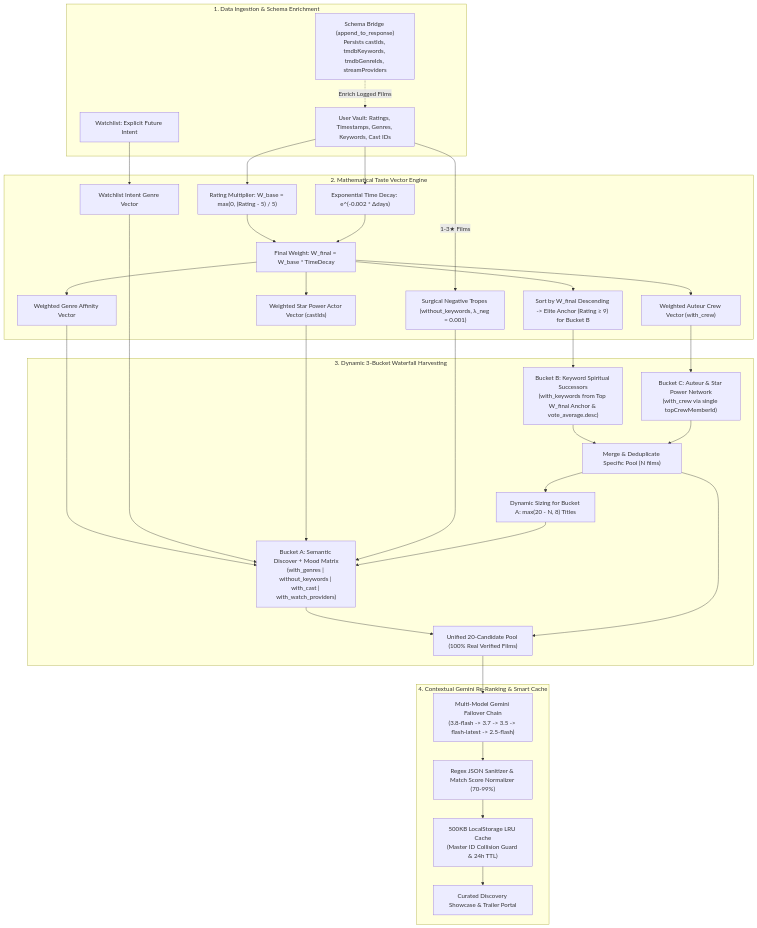
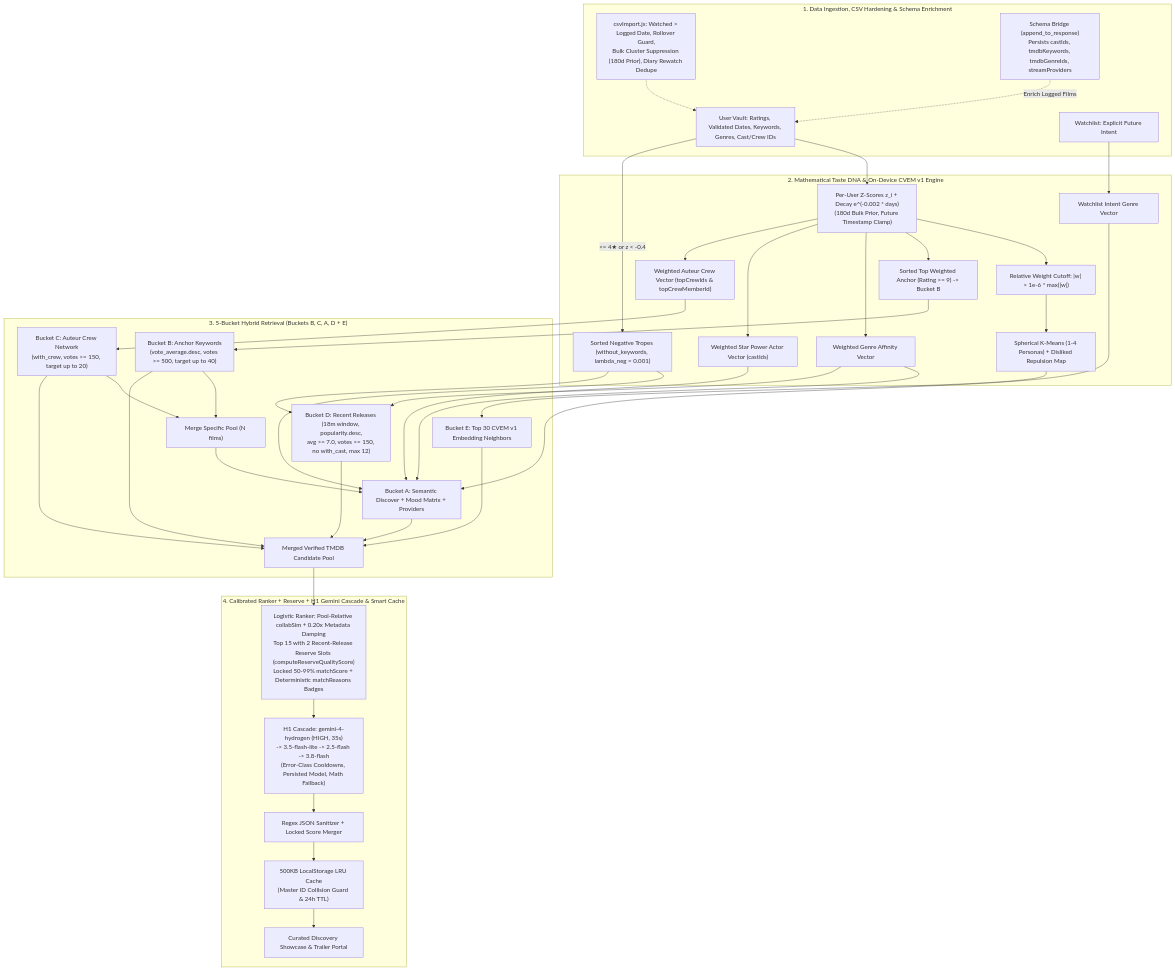
One commit to khuzaima175/React-Movie-Original changed the diagram in ARCHITECTURE.md. Above: the diagram before and after it, drawn with Mermaid. The commit also changed other lines of this file and 4 other files, not shown here.

Commit message:
docs: expand guides, add LOCAL_MODEL_GUIDE.md, convert links to relative paths, and document AI model UI telemetry

````diff
--- a/ARCHITECTURE.md
+++ b/ARCHITECTURE.md
@@ -61,45 +71,40 @@
 ```mermaid
 flowchart TD
-    subgraph Phase1 ["1. Data Ingestion & Schema Enrichment"]
-        V["User Vault: Ratings, Timestamps, Genres, Keywords, Cast IDs"]
+    subgraph Phase1 ["1. Data Ingestion, CSV Hardening & Schema Enrichment"]
+        V["User Vault: Ratings, Validated Dates, Keywords, Genres, Cast/Crew IDs"]
         W["Watchlist: Explicit Future Intent"]
+        CSV["csvImport.js: Watched > Logged Date, Rollover Guard,\nBulk Cluster Suppression (180d Prior), Diary Rewatch Dedupe"] -.-> V
         SB["Schema Bridge (append_to_response)\nPersists castIds, tmdbKeywords, tmdbGenreIds, streamProviders"] -.->|Enrich Logged Films| V
     end
 
-    subgraph Phase2 ["2. Mathematical Taste Vector Engine"]
-        V --> W_CALC["Rating Multiplier: W_base = max(0, (Rating - 5) / 5)"]
-        V --> T_CALC["Exponential Time Decay: e^(-0.002 * Δdays)"]
-        W_CALC --> FINAL_W["Final Weight: W_final = W_base * TimeDecay"]
-        T_CALC --> FINAL_W
-
-        FINAL_W --> ANCHOR["Sort by W_final Descending -> Elite Anchor (Rating ≥ 9) for Bucket B"]
-        FINAL_W --> GENRE_V["Weighted Genre Affinity Vector"]
-        FINAL_W --> CAST_V["Weighted Star Power Actor Vector (castIds)"]
-        FINAL_W --> CREW_V["Weighted Auteur Crew Vector (with_crew)"]
+    subgraph Phase2 ["2. Mathematical Taste DNA & On-Device CVEM v1 Engine"]
+        V --> Z["Per-User Z-Scores z_i + Decay e^(-0.002 * days)\n(180d Bulk Prior, Future Timestamp Clamp)"]
+        Z --> REL["Relative Weight Cutoff: |w| > 1e-6 * max(|w|)"]
+        REL --> KM["Spherical K-Means (1-4 Personas) + Disliked Repulsion Map"]
+        Z --> ANCHOR["Sorted Top Weighted Anchor (Rating >= 9) -> Bucket B"]
+        Z --> GENRE_V["Weighted Genre Affinity Vector"]
+        Z --> CAST_V["Weighted Star Power Actor Vector (castIds)"]
+        Z --> CREW_V["Weighted Auteur Crew Vector (topCrewIds & topCrewMemberId)"]
         W --> WATCH_V["Watchlist Intent Genre Vector"]
-        
-        V -->|1-3★ Films| HATED_K["Surgical Negative Tropes (without_keywords, λ_neg = 0.001)"]
+        V -->|<= 4★ or z < -0.4| HATED_K["Sorted Negative Tropes (without_keywords, lambda_neg = 0.001)"]
     end
 
-    subgraph Phase3 ["3. Dynamic 3-Bucket Waterfall Harvesting"]
-        ANCHOR --> B2["Bucket B: Keyword Spiritual Successors\n(with_keywords from Top W_final Anchor & vote_average.desc)"]
-        CREW_V --> B3["Bucket C: Auteur & Star Power Network\n(with_crew via single topCrewMemberId)"]
-
-        B2 --> POOL_SPEC["Merge & Deduplicate Specific Pool (N films)"]
-        B3 --> POOL_SPEC
-
-        POOL_SPEC --> DYN["Dynamic Sizing for Bucket A: max(20 - N, 8) Titles"]
+    subgraph Phase3 ["3. 5-Bucket Hybrid Retrieval (Buckets B, C, A, D + E)"]
+        ANCHOR --> B2["Bucket B: Anchor Keywords\n(vote_average.desc, votes >= 500, target up to 40)"]
+        CREW_V --> B3["Bucket C: Auteur Crew Network\n(with_crew, votes >= 150, target up to 20)"]
+        B2 & B3 --> POOL_SPEC["Merge Specific Pool (N films)"]
         GENRE_V & WATCH_V & CAST_V & HATED_K --> B1
-        DYN --> B1["Bucket A: Semantic Discover + Mood Matrix\n(with_genres | without_keywords | with_cast | with_watch_providers)"]
-
-        B1 --> CP["Unified 20-Candidate Pool (100% Real Verified Films)"]
-        POOL_SPEC --> CP
+        POOL_SPEC --> B1["Bucket A: Semantic Discover + Mood Matrix + Providers"]
+        GENRE_V & HATED_K --> B4["Bucket D: Recent Releases (18m window, popularity.desc,\navg >= 7.0, votes >= 150, no with_cast, max 12)"]
+        KM --> B5["Bucket E: Top 30 CVEM v1 Embedding Neighbors"]
+        B1 & B2 & B3 & B4 & B5 --> CP["Merged Verified TMDB Candidate Pool"]
     end
 
-    subgraph Phase4 ["4. Contextual Gemini Re-Ranking & Smart Cache"]
-        CP --> GEM["Multi-Model Gemini Failover Chain\n(3.8-flash -> 3.7 -> 3.5 -> flash-latest -> 2.5-flash)"]
-        GEM --> NORM["Regex JSON Sanitizer & Match Score Normalizer (70-99%)"]
+    subgraph Phase4 ["4. Calibrated Ranker + Reserve + H1 Gemini Cascade & Smart Cache"]
+        CP --> RNK["Logistic Ranker: Pool-Relative collabSim + 0.20x Metadata Damping\nTop 15 with 2 Recent-Release Reserve Slots (computeReserveQualityScore)\nLocked 50-99% matchScore + Deterministic matchReasons Badges"]
+        RNK --> GEM["H1 Cascade: gemini-4-hydrogen (HIGH, 35s)\n-> 3.5-flash-lite -> 2.5-flash -> 3.8-flash\n(Error-Class Cooldowns, Persisted Model, Math Fallback)"]
+        GEM --> NORM["Regex JSON Sanitizer + Locked Score Merger"]
         NORM --> CACHE["500KB LocalStorage LRU Cache\n(Master ID Collision Guard & 24h TTL)"]
         CACHE --> UI["Curated Discovery Showcase & Trailer Portal"]
     end
 ```
````
